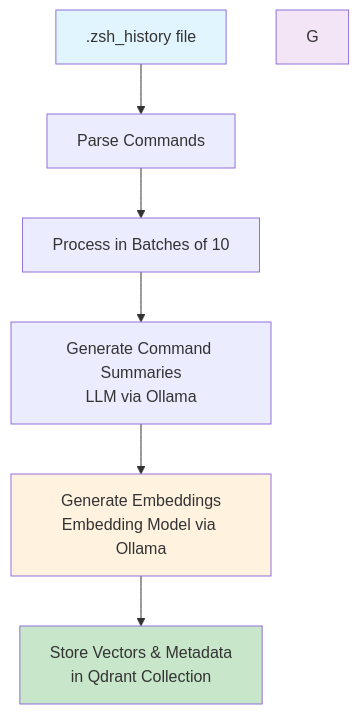
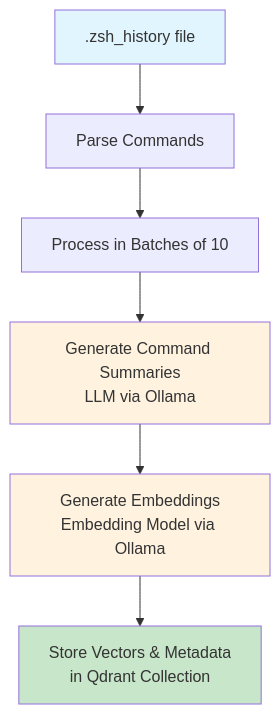
Before and after one commit to trolleksii/total-recall: the first of 2 diagrams in README.md, drawn with Mermaid.

````diff
--- a/README.md
+++ b/README.md
@@ -50,13 +50,13 @@
 ```mermaid
 graph TD
     A[.zsh_history file] --> B[Parse Commands]
     B --> C[Process in Batches of 10]
     C --> D[Generate Command Summaries<br/>LLM via Ollama]
     D --> E[Generate Embeddings<br/>Embedding Model via Ollama]
     E --> F[Store Vectors & Metadata<br/>in Qdrant Collection]
 
     style A fill:#e1f5fe
     style F fill:#c8e6c9
+    style D fill:#fff3e0
     style E fill:#fff3e0
-    style G fill:#f3e5f5
 ```
````
